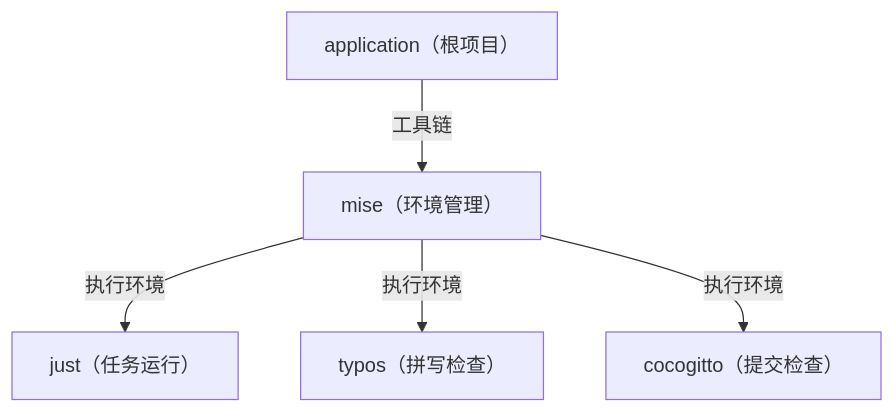
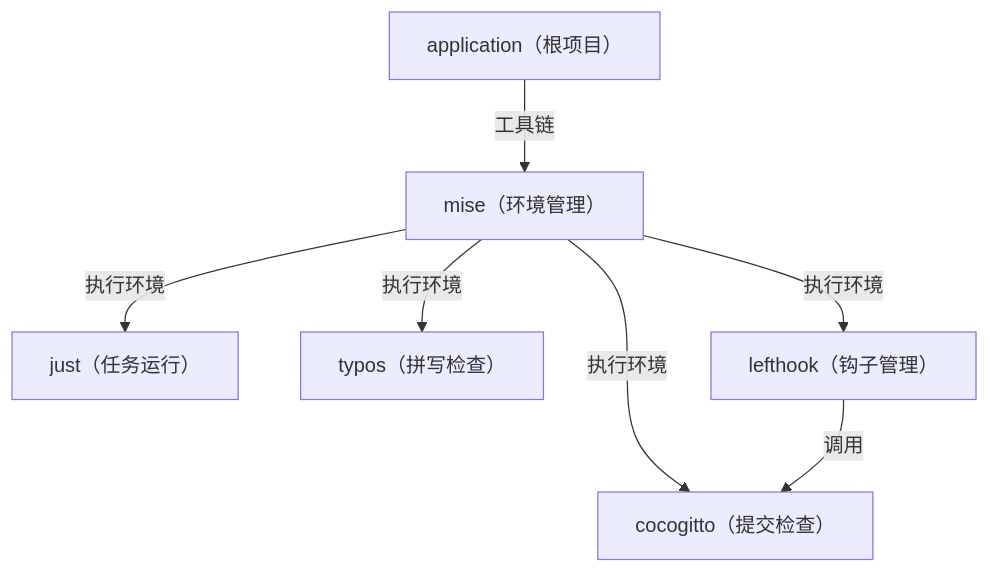
The diagram in README.md (sweets-wtt/application), drawn with Mermaid before and after one commit. The commit also changed other lines of this file and 4 other files, not shown here.

````diff
--- a/README.md
+++ b/README.md
@@ -10,8 +10,10 @@
 ```mermaid
 flowchart TD
     application["application（根项目）"]
     application -->|工具链| mise["mise（环境管理）"]
     mise -->|执行环境| just["just（任务运行）"]
     mise -->|执行环境| typos["typos（拼写检查）"]
     mise -->|执行环境| cocogitto["cocogitto（提交检查）"]
+    mise -->|执行环境| lefthook["lefthook（钩子管理）"]
+    lefthook -->|调用| cocogitto["cocogitto（提交检查）"]
 ```
````
